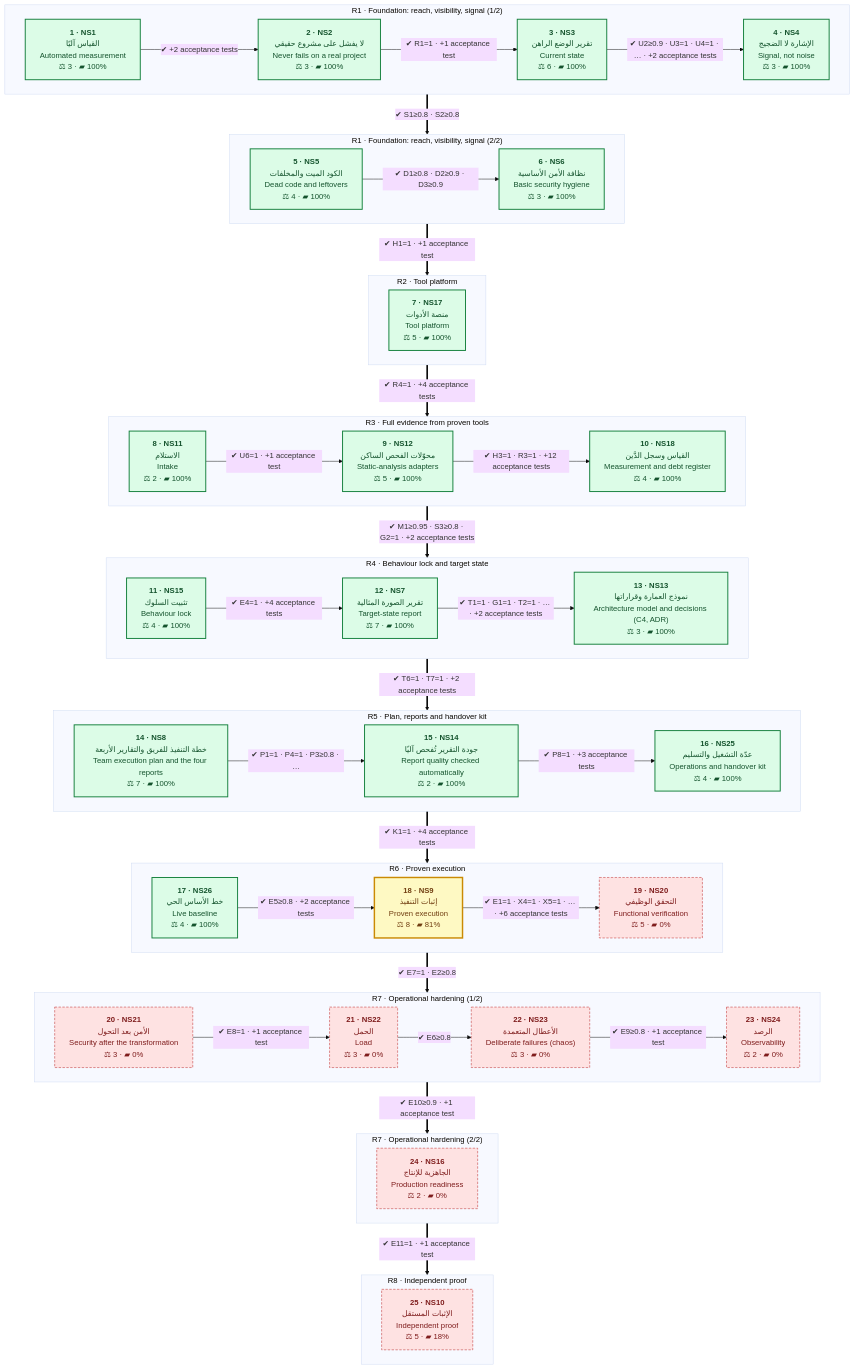
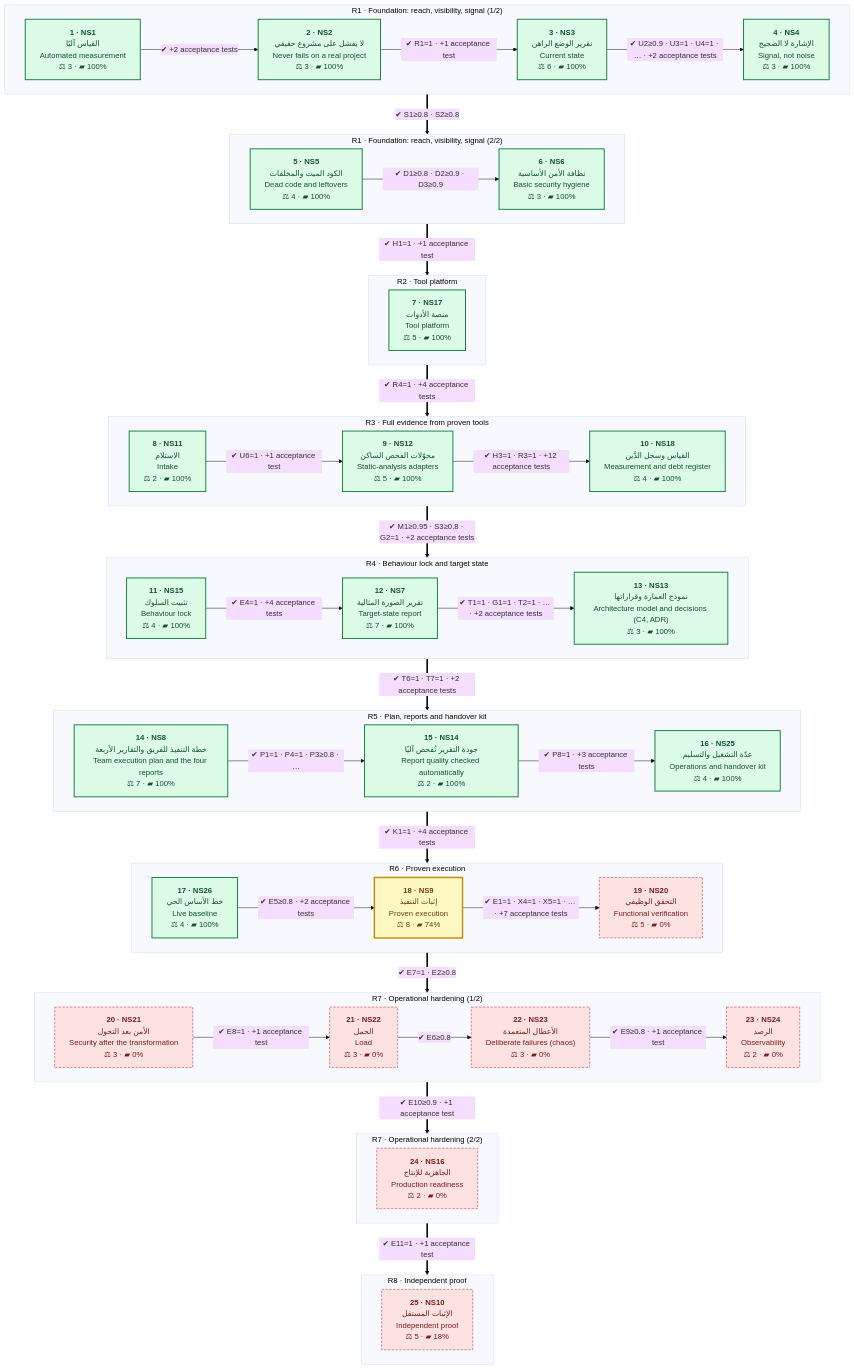
One commit to eom1417/engineering-audit-os changed the second of 2 diagrams in README.en.md. Above: the diagram before and after it, drawn with Mermaid (base theme). The commit also changed other lines of this file and 4 other files, not shown here.

```diff
--- a/README.en.md
+++ b/README.en.md
@@ -291,10 +291,10 @@
     subgraph R6_1["R6 · Proven execution"]
         direction LR
         NS26["<b>17 · NS26</b><br/>خط الأساس الحي<br/>Live baseline<br/>⚖ 4 · ▰ 100%"]:::done
-        NS9["<b>18 · NS9</b><br/>إثبات التنفيذ<br/>Proven execution<br/>⚖ 8 · ▰ 81%"]:::current
+        NS9["<b>18 · NS9</b><br/>إثبات التنفيذ<br/>Proven execution<br/>⚖ 8 · ▰ 74%"]:::current
         NS20["<b>19 · NS20</b><br/>التحقق الوظيفي<br/>Functional verification<br/>⚖ 5 · ▰ 0%"]:::owner
         NS26 -->|"✔ E5≥0.8 · +2 acceptance tests"| NS9
-        NS9 -->|"✔ E1=1 · X4=1 · X5=1 · … · +6 acceptance tests"| NS20
+        NS9 -->|"✔ E1=1 · X4=1 · X5=1 · … · +7 acceptance tests"| NS20
     end
     subgraph R7_1["R7 · Operational hardening (1/2)"]
         direction LR
```
